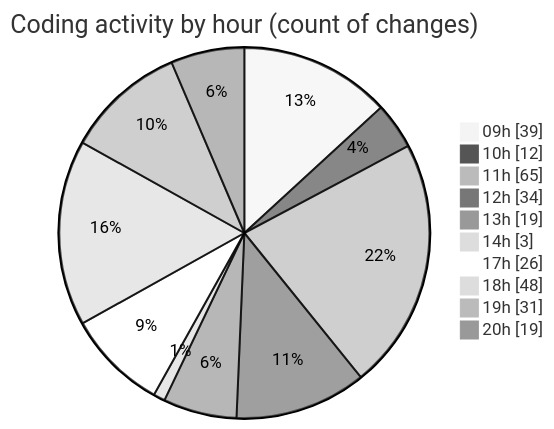
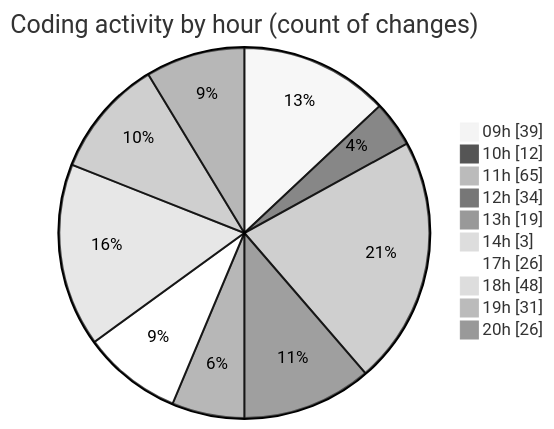
Before and after one commit to momahboobian/code-tracking: the second of 2 diagrams in 2025-03-04/cda/README.md, drawn with Mermaid (neutral theme). The commit also changed other lines of this file and 1 other file, not shown here.

````diff
--- a/2025-03-04/cda/README.md
+++ b/2025-03-04/cda/README.md
@@ -44,14 +44,14 @@
 ```mermaid
 pie showData
 title Coding activity by hour (count of changes)
 "09h" : 39
 "10h" : 12
 "11h" : 65
 "12h" : 34
 "13h" : 19
 "14h" : 3
 "17h" : 26
 "18h" : 48
 "19h" : 31
-"20h" : 19
+"20h" : 26
 ```
````
